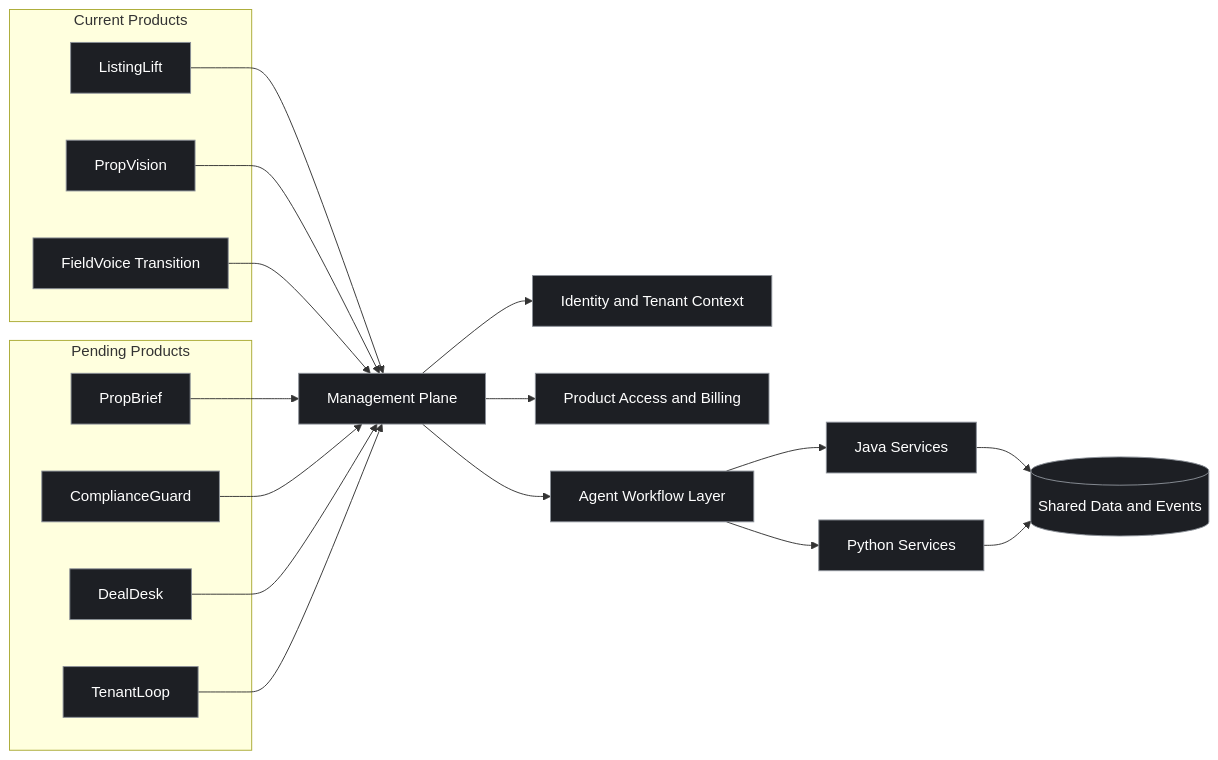
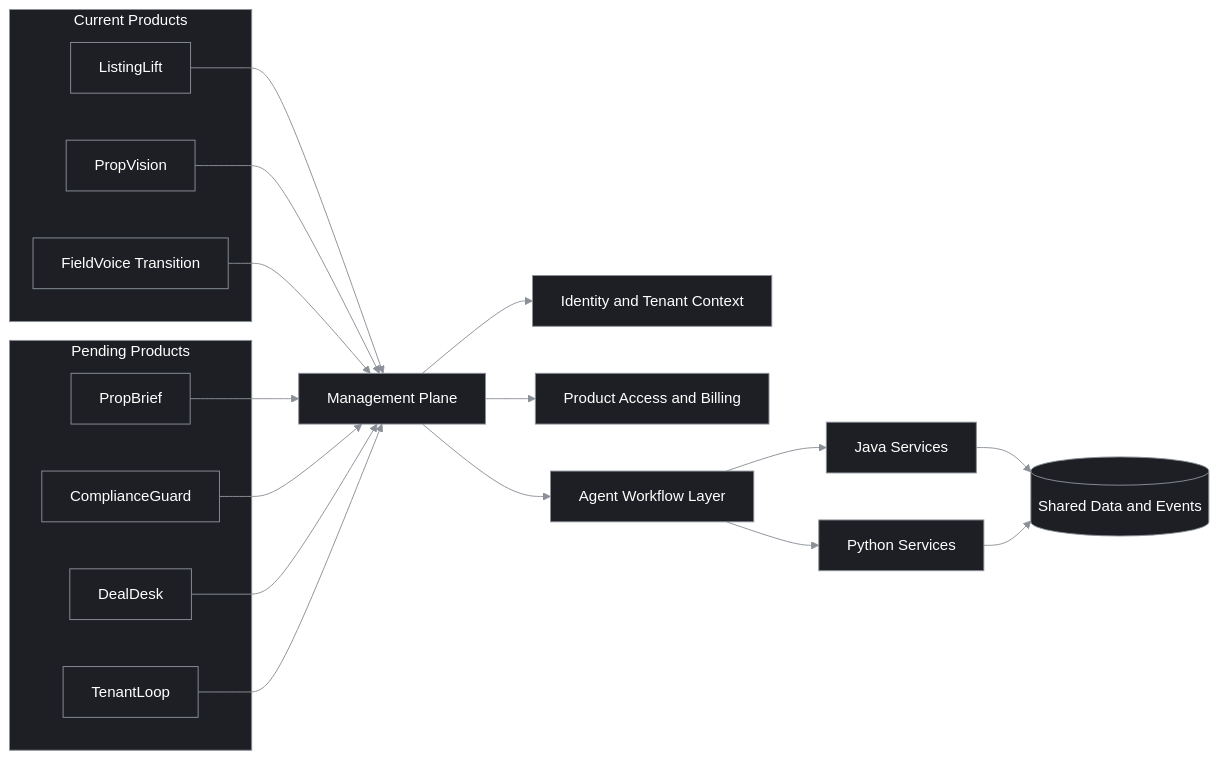
The third of 4 diagrams in README.md (dwayneblack786/ai-services-platform), drawn with Mermaid before and after one commit. The commit also changed other lines of this file, not shown here.

Commit message:
Make README mermaid diagram text white

````diff
--- a/README.md
+++ b/README.md
@@ -100,35 +102,36 @@
 ```mermaid
+%%{init: {'theme': 'base', 'themeVariables': { 'primaryTextColor': '#ffffff', 'secondaryTextColor': '#ffffff', 'tertiaryTextColor': '#ffffff', 'lineColor': '#8b9098', 'clusterBkg': '#1d1f24', 'clusterBorder': '#8b9098' }}}%%
 flowchart LR
 	subgraph CUR[Current Products]
 		LL[ListingLift]
 		PV[PropVision]
 		FV[FieldVoice Transition]
 	end
 
 	subgraph PEN[Pending Products]
 		PB2[PropBrief]
 		CG[ComplianceGuard]
 		DD[DealDesk]
 		TL[TenantLoop]
 	end
 
 	LL --> MP[Management Plane]
 	PV --> MP
 	FV --> MP
 	PB2 --> MP
 	CG --> MP
 	DD --> MP
 	TL --> MP
 
 	MP --> IDP[Identity and Tenant Context]
 	MP --> AP[Product Access and Billing]
 	MP --> AG[Agent Workflow Layer]
 
 	AG --> JSV[Java Services]
 	AG --> PSV[Python Services]
 	JSV --> DATA[(Shared Data and Events)]
 	PSV --> DATA
 
 	classDef platform fill:#1d1f24,stroke:#8b9098,color:#ffffff,stroke-width:1px;
 	class LL,PV,FV,PB2,CG,DD,TL,MP,IDP,AP,AG,JSV,PSV,DATA platform;
 ```
````
